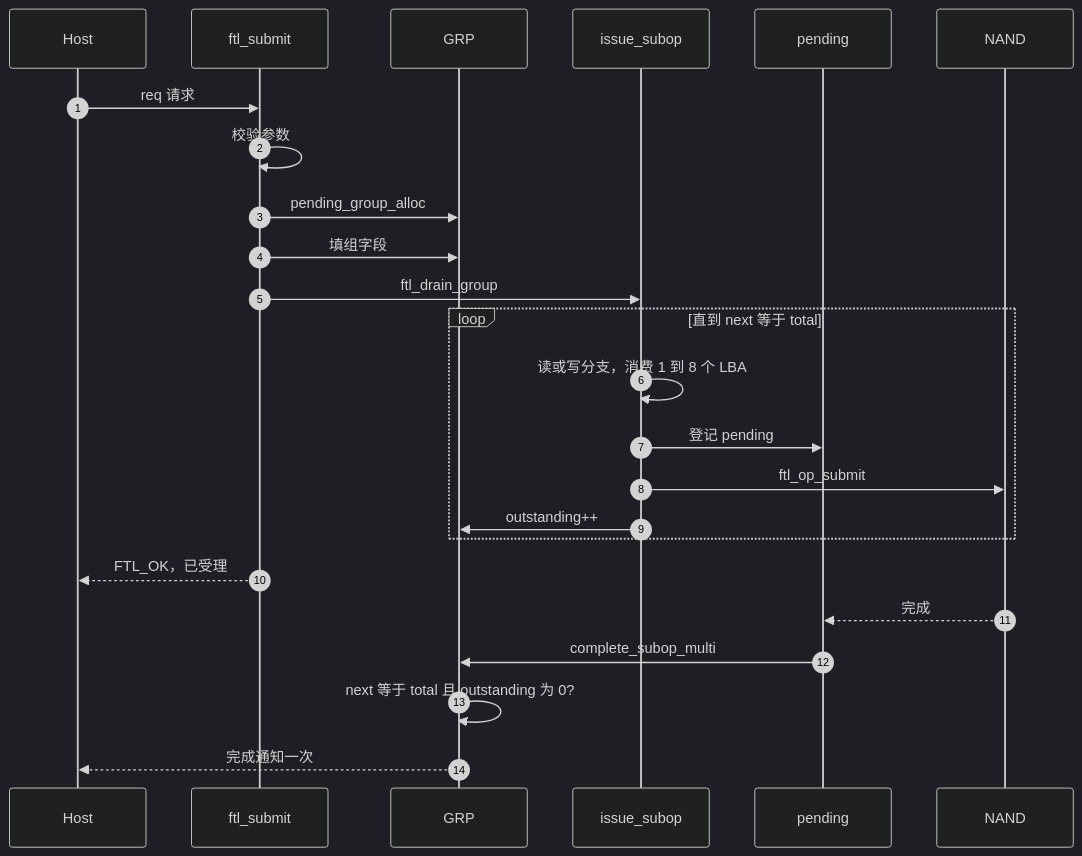
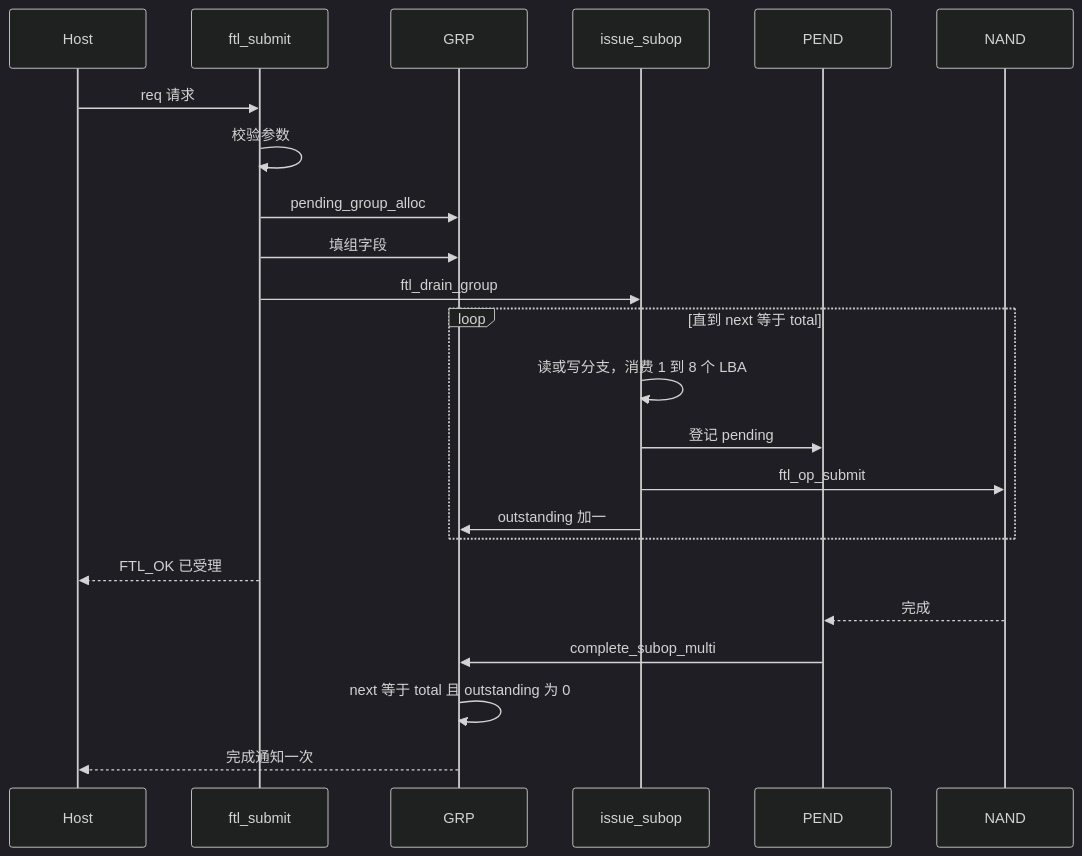
Diagram 13 of 28 in docs/design/ftl_design.md (YzYMIAO/BASESSD), drawn with Mermaid (dark theme) before and after one commit. The commit also changed other lines of this file, not shown here.

First line of the commit message:
docs(ftl): 补充推荐阅读顺序并清理 mermaid 序列图

````diff
--- a/docs/design/ftl_design.md
+++ b/docs/design/ftl_design.md
@@ -1957,27 +1993,26 @@
 ```mermaid
 sequenceDiagram
-    autonumber
     participant H as Host
     participant F as ftl_submit
     participant G as GRP
     participant S as issue_subop
-    participant P as pending
+    participant P as PEND
     participant FC as NAND
 
     H->>F: req 请求
     F->>F: 校验参数
     F->>G: pending_group_alloc
     F->>G: 填组字段
     F->>S: ftl_drain_group
     loop 直到 next 等于 total
         S->>S: 读或写分支，消费 1 到 8 个 LBA
         S->>P: 登记 pending
         S->>FC: ftl_op_submit
-        S->>G: outstanding++
+        S->>G: outstanding 加一
     end
-    F-->>H: FTL_OK，已受理
+    F-->>H: FTL_OK 已受理
     FC-->>P: 完成
     P->>G: complete_subop_multi
-    G->>G: next 等于 total 且 outstanding 为 0?
+    G->>G: next 等于 total 且 outstanding 为 0
     G-->>H: 完成通知一次
 ```
````
